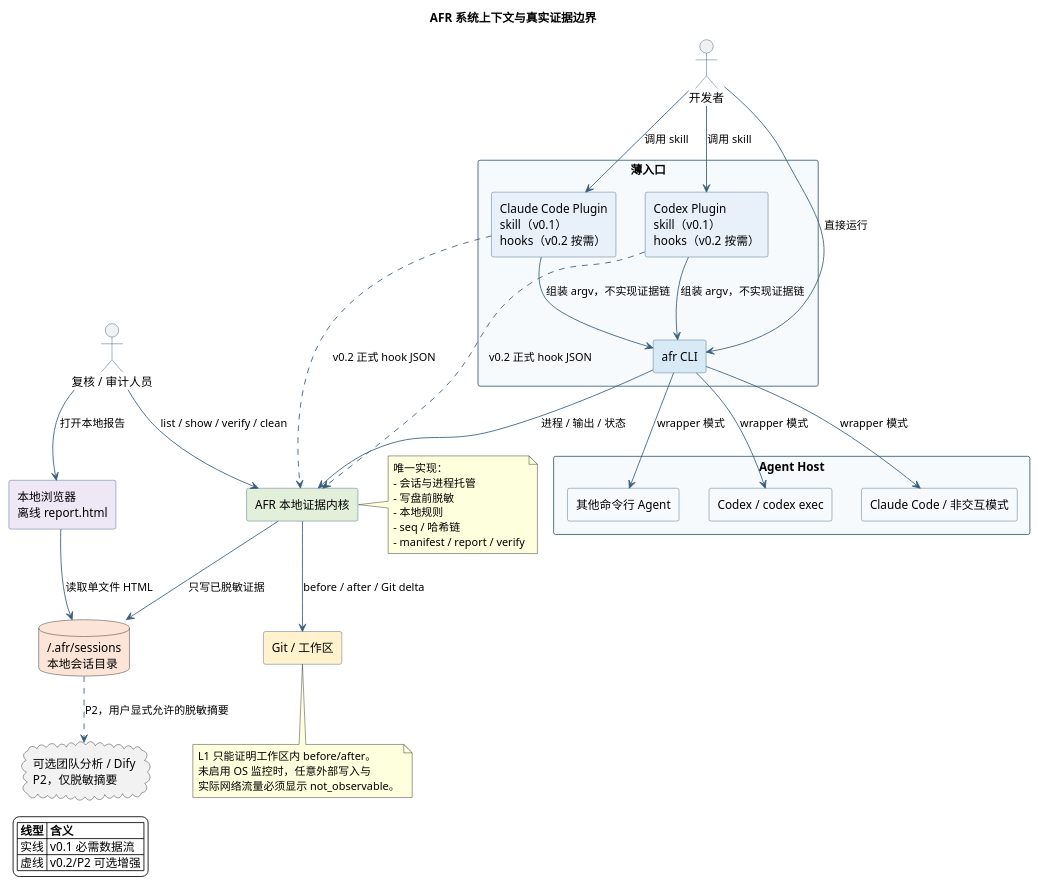
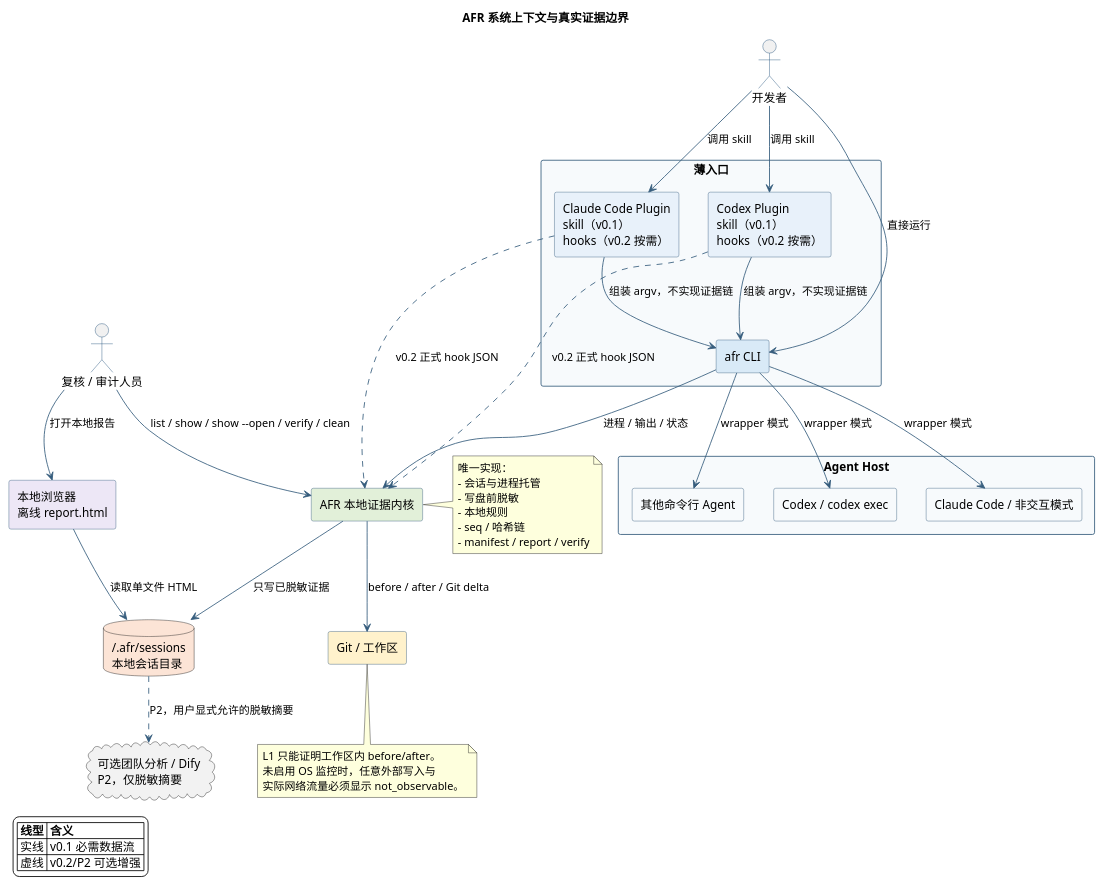
One commit to liao96312/agent-flight-recorder changed the first of 10 diagrams in docs/architecture.puml. Above: the diagram before and after it, drawn with PlantUML. The commit also changed 9 other files, not shown here.

Commit message:
add show --open (#4)

```diff
--- a/docs/architecture.puml
+++ b/docs/architecture.puml
@@ -4,73 +4,73 @@
 @startuml AFR_01_Context
 title AFR 系统上下文与真实证据边界
 
 skinparam backgroundColor #FFFFFF
 skinparam shadowing false
 skinparam defaultFontName Microsoft YaHei
 skinparam ArrowColor #355C7D
 skinparam rectangleBorderColor #355C7D
 skinparam rectangleBackgroundColor #F7FAFC
 skinparam actorBorderColor #1F4E78
 
 actor "开发者" as Developer
 actor "复核 / 审计人员" as Auditor
 
 rectangle "薄入口" as Entry {
   rectangle "afr CLI" as CLI #D9EAF7
   rectangle "Codex Plugin\nskill（v0.1）\nhooks（v0.2 按需）" as CodexPlugin #E8F1FA
   rectangle "Claude Code Plugin\nskill（v0.1）\nhooks（v0.2 按需）" as ClaudePlugin #E8F1FA
 }
 
 rectangle "Agent Host" as Hosts {
   rectangle "Codex / codex exec" as Codex
   rectangle "Claude Code / 非交互模式" as Claude
   rectangle "其他命令行 Agent" as OtherAgent
 }
 
 rectangle "AFR 本地证据内核" as AFR #E2F0D9
 rectangle "Git / 工作区" as Workspace #FFF2CC
 database "~/.afr/sessions\n本地会话目录" as Store #FCE4D6
 rectangle "本地浏览器\n离线 report.html" as Browser #EDE7F6
 cloud "可选团队分析 / Dify\nP2，仅脱敏摘要" as Dify #F2F2F2
 
 Developer --> CLI : 直接运行
 Developer --> CodexPlugin : 调用 skill
 Developer --> ClaudePlugin : 调用 skill
 CodexPlugin --> CLI : 组装 argv，不实现证据链
 ClaudePlugin --> CLI : 组装 argv，不实现证据链
 
 CLI --> Codex : wrapper 模式
 CLI --> Claude : wrapper 模式
 CLI --> OtherAgent : wrapper 模式
 CodexPlugin ..> AFR : v0.2 正式 hook JSON
 ClaudePlugin ..> AFR : v0.2 正式 hook JSON
 
 CLI --> AFR : 进程 / 输出 / 状态
 AFR --> Workspace : before / after / Git delta
 AFR --> Store : 只写已脱敏证据
-Auditor --> AFR : list / show / verify / clean
+Auditor --> AFR : list / show / show --open / verify / clean
 Auditor --> Browser : 打开本地报告
 Browser --> Store : 读取单文件 HTML
 Store ..> Dify : P2，用户显式允许的脱敏摘要
 
 note right of AFR
   唯一实现：
   - 会话与进程托管
   - 写盘前脱敏
   - 本地规则
   - seq / 哈希链
   - manifest / report / verify
 end note
 
 note bottom of Workspace
   L1 只能证明工作区内 before/after。
   未启用 OS 监控时，任意外部写入与
   实际网络流量必须显示 not_observable。
 end note
 
 legend left
   |= 线型 |= 含义 |
   | 实线 | v0.1 必需数据流 |
   | 虚线 | v0.2/P2 可选增强 |
 endlegend
 @enduml
```
